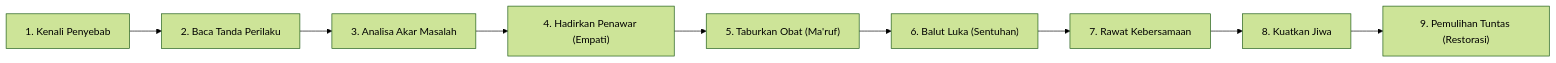
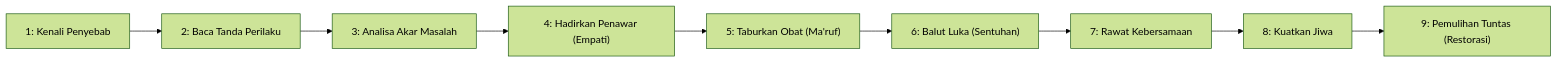
The second of 2 diagrams in content/Paradigma - Implementasi PKN/Dokumen Pendidikan Karakter Nabawiyah/Insight & Teknis/Insight/SOTABH.md (decaller/wiki-pkn), drawn with Mermaid (forest theme) before and after one commit. The commit also changed 26 other files, not shown here.

Commit message:
fix(mermaid): sanitize list syntax in node labels to resolve 'Unsupported markdown: list' error

````diff
--- a/content/Paradigma - Implementasi PKN/Dokumen Pendidikan Karakter Nabawiyah/Insight & Teknis/Insight/SOTABH.md
+++ b/content/Paradigma - Implementasi PKN/Dokumen Pendidikan Karakter Nabawiyah/Insight & Teknis/Insight/SOTABH.md
@@ -113,6 +113,6 @@
 ```mermaid
 flowchart LR
-    P1["1. Kenali Penyebab"] --> P2["2. Baca Tanda Perilaku"] --> P3["3. Analisa Akar Masalah"]
-    P3 --> P4["4. Hadirkan Penawar (Empati)"] --> P5["5. Taburkan Obat (Ma'ruf)"] --> P6["6. Balut Luka (Sentuhan)"]
-    P6 --> P7["7. Rawat Kebersamaan"] --> P8["8. Kuatkan Jiwa"] --> P9["9. Pemulihan Tuntas (Restorasi)"]
+    P1["1: Kenali Penyebab"] --> P2["2: Baca Tanda Perilaku"] --> P3["3: Analisa Akar Masalah"]
+    P3 --> P4["4: Hadirkan Penawar (Empati)"] --> P5["5: Taburkan Obat (Ma'ruf)"] --> P6["6: Balut Luka (Sentuhan)"]
+    P6 --> P7["7: Rawat Kebersamaan"] --> P8["8: Kuatkan Jiwa"] --> P9["9: Pemulihan Tuntas (Restorasi)"]
 ```
````
